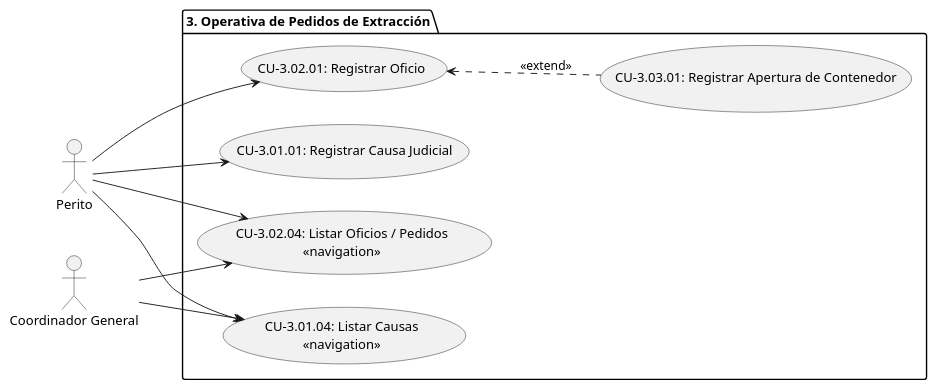
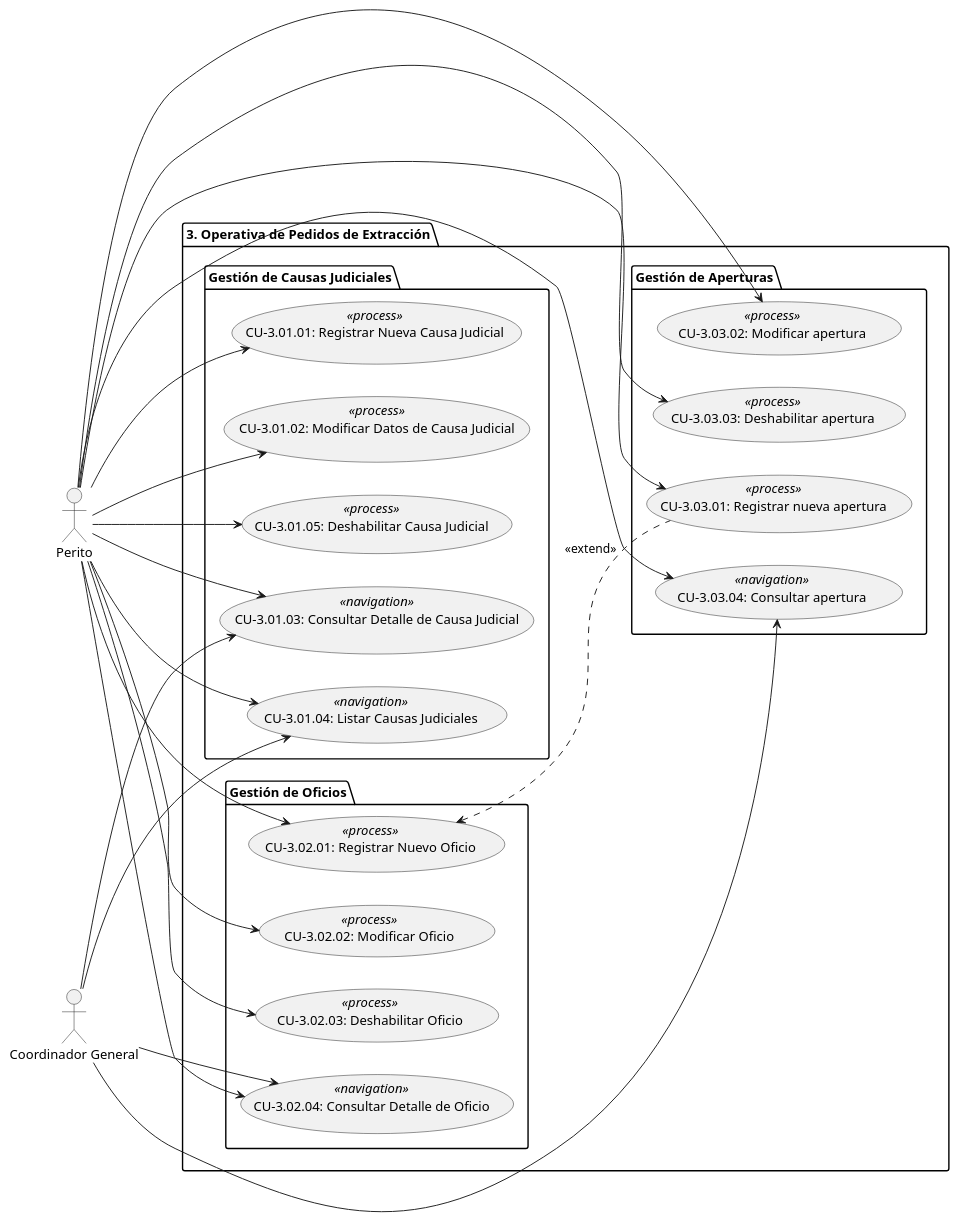
The diagram in CU3.puml (c4lvar3z7/Doc-ForenSys), drawn with PlantUML before and after one commit. The commit also changed 10 other files, not shown here.

Commit message:
agregado y actualizados diagramas de CU

```diff
--- a/CU3.puml
+++ b/CU3.puml
@@ -1,25 +1,54 @@
 @startuml
 left to right direction
 
 actor :Perito: as Perito
 actor :Coordinador General: as Coordinador
 
 package "3. Operativa de Pedidos de Extracción" {
-    usecase "CU-3.01.01: Registrar Causa Judicial" as CU_3_01_01
-    usecase "CU-3.01.04: Listar Causas\n«navigation»" as CU_3_01_04
-    usecase "CU-3.02.01: Registrar Oficio" as CU_3_02_01
-    usecase "CU-3.02.04: Listar Oficios / Pedidos\n«navigation»" as CU_3_02_04
-    usecase "CU-3.03.01: Registrar Apertura de Contenedor" as CU_3_03_01
+    
+    package "Gestión de Causas Judiciales" {
+        usecase "CU-3.01.01: Registrar Nueva Causa Judicial" as CU_3_01_01 <<process>>
+        usecase "CU-3.01.02: Modificar Datos de Causa Judicial" as CU_3_01_02 <<process>>
+        usecase "CU-3.01.03: Consultar Detalle de Causa Judicial" as CU_3_01_03 <<navigation>>
+        usecase "CU-3.01.04: Listar Causas Judiciales" as CU_3_01_04 <<navigation>>
+        usecase "CU-3.01.05: Deshabilitar Causa Judicial" as CU_3_01_05 <<process>>
+    }
+    
+    package "Gestión de Oficios" {
+        usecase "CU-3.02.01: Registrar Nuevo Oficio" as CU_3_02_01 <<process>>
+        usecase "CU-3.02.02: Modificar Oficio" as CU_3_02_02 <<process>>
+        usecase "CU-3.02.03: Deshabilitar Oficio" as CU_3_02_03 <<process>>
+        usecase "CU-3.02.04: Consultar Detalle de Oficio" as CU_3_02_04 <<navigation>>
+    }
+    
+    package "Gestión de Aperturas" {
+        usecase "CU-3.03.01: Registrar nueva apertura" as CU_3_03_01 <<process>>
+        usecase "CU-3.03.02: Modificar apertura" as CU_3_03_02 <<process>>
+        usecase "CU-3.03.03: Deshabilitar apertura" as CU_3_03_03 <<process>>
+        usecase "CU-3.03.04: Consultar apertura" as CU_3_03_04 <<navigation>>
+    }
     
     CU_3_02_01 <.. CU_3_03_01 : <<extend>>
 }
 
 Perito --> CU_3_01_01
+Perito --> CU_3_01_02
+Perito --> CU_3_01_03
 Perito --> CU_3_01_04
+Perito --> CU_3_01_05
+
 Perito --> CU_3_02_01
+Perito --> CU_3_02_02
+Perito --> CU_3_02_03
 Perito --> CU_3_02_04
-'Perito --> CU_3_03_01
 
+Perito --> CU_3_03_01
+Perito --> CU_3_03_02
+Perito --> CU_3_03_03
+Perito --> CU_3_03_04
+
+Coordinador --> CU_3_01_03
 Coordinador --> CU_3_01_04
 Coordinador --> CU_3_02_04
+Coordinador --> CU_3_03_04
 @endum
```
